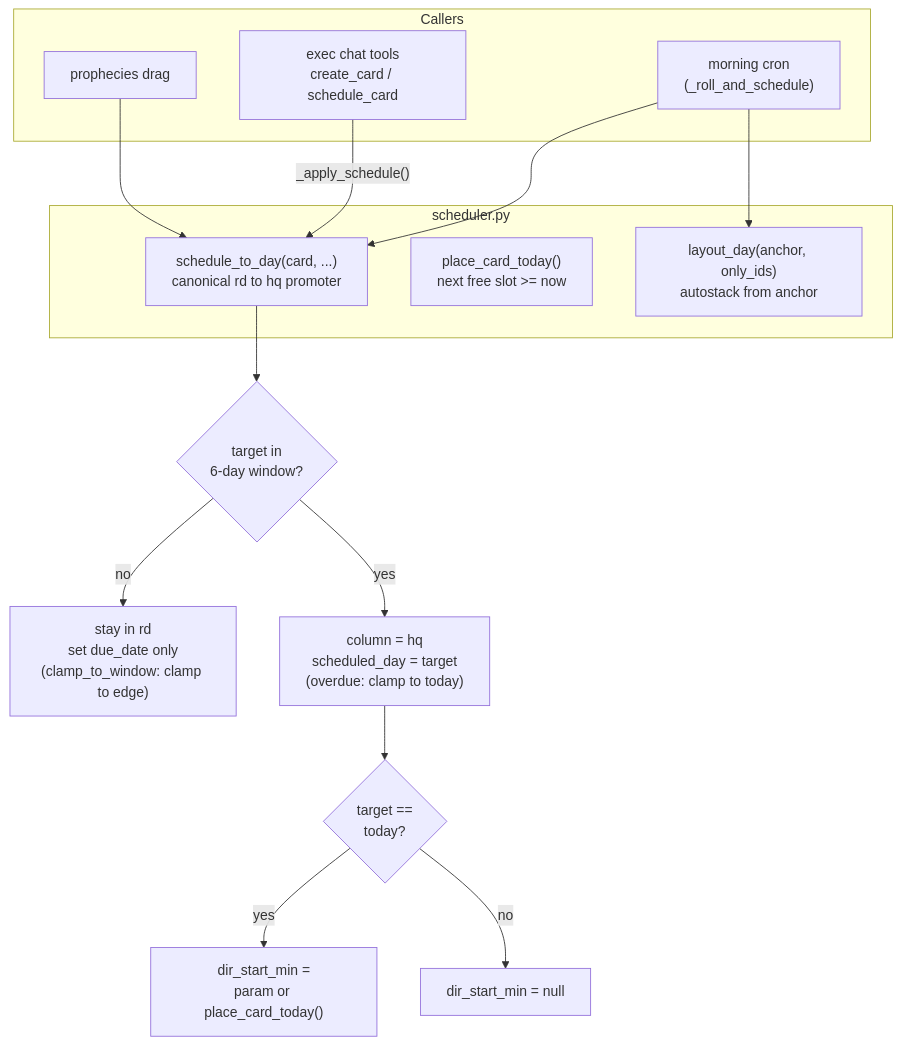
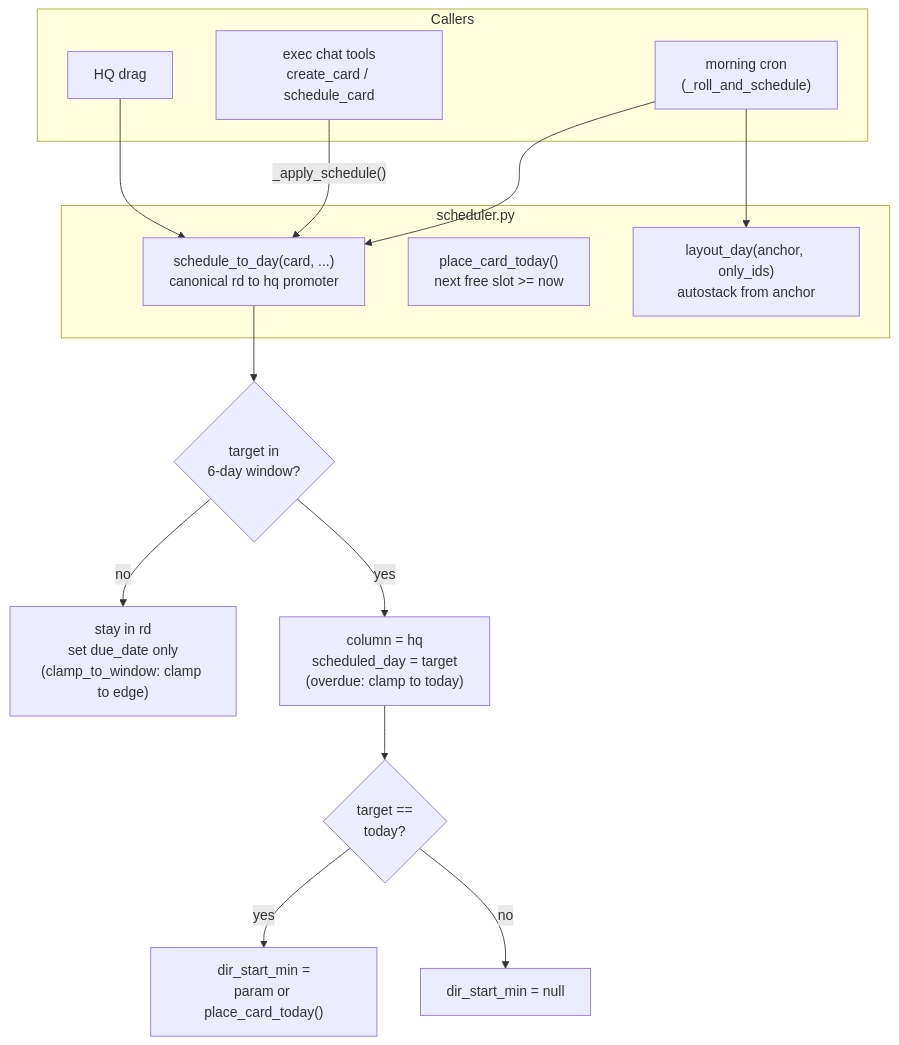
Before and after one commit to wai-lau/exec-fn: the fourth of 6 diagrams in ARCHITECTURE.md, drawn with Mermaid. The commit also changed other lines of this file and 29 other files, not shown here.

````diff
--- a/ARCHITECTURE.md
+++ b/ARCHITECTURE.md
@@ -190,26 +190,26 @@
 ```mermaid
 flowchart TB
   subgraph entry["Callers"]
     morning["morning cron<br/>(_roll_and_schedule)"]
     execchat["exec chat tools<br/>create_card / schedule_card"]
-    prof["prophecies drag"]
+    hq["HQ drag"]
   end
 
   subgraph sched["scheduler.py"]
     s2d["schedule_to_day(card, ...)<br/>canonical rd to hq promoter"]
     place["place_card_today()<br/>next free slot >= now"]
     layout["layout_day(anchor, only_ids)<br/>autostack from anchor"]
   end
 
   morning --> s2d
   morning --> layout
   execchat -->|"_apply_schedule()"| s2d
-  prof --> s2d
+  hq --> s2d
 
   s2d --> decide{"target in<br/>6-day window?"}
   decide -->|"no"| outwin["stay in rd<br/>set due_date only<br/>(clamp_to_window: clamp to edge)"]
   decide -->|"yes"| inwin["column = hq<br/>scheduled_day = target<br/>(overdue: clamp to today)"]
   inwin --> istoday{"target ==<br/>today?"}
   istoday -->|"yes"| setmin["dir_start_min =<br/>param or place_card_today()"]
   istoday -->|"no"| clearmin["dir_start_min = null"]
 ```
````
